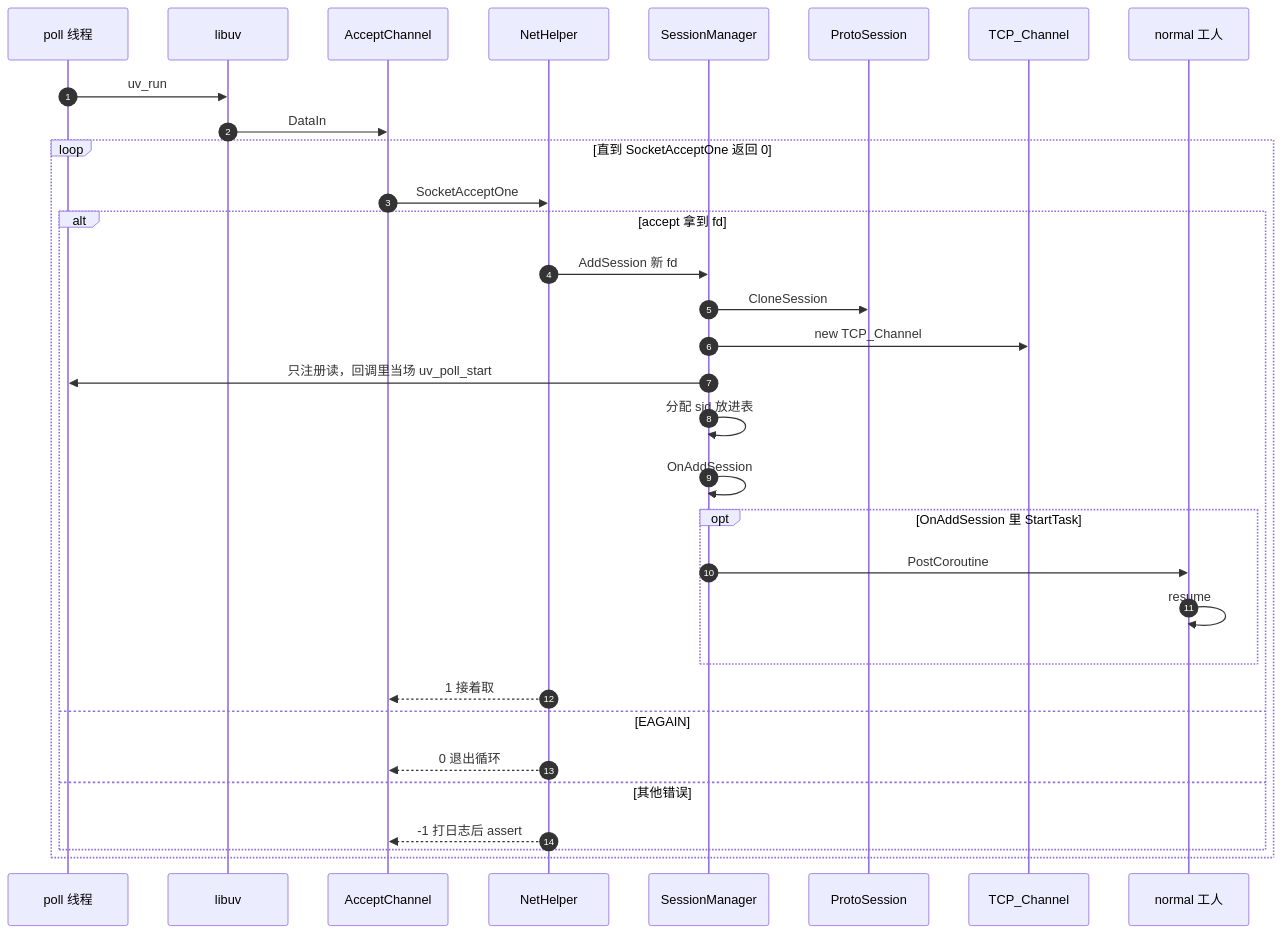
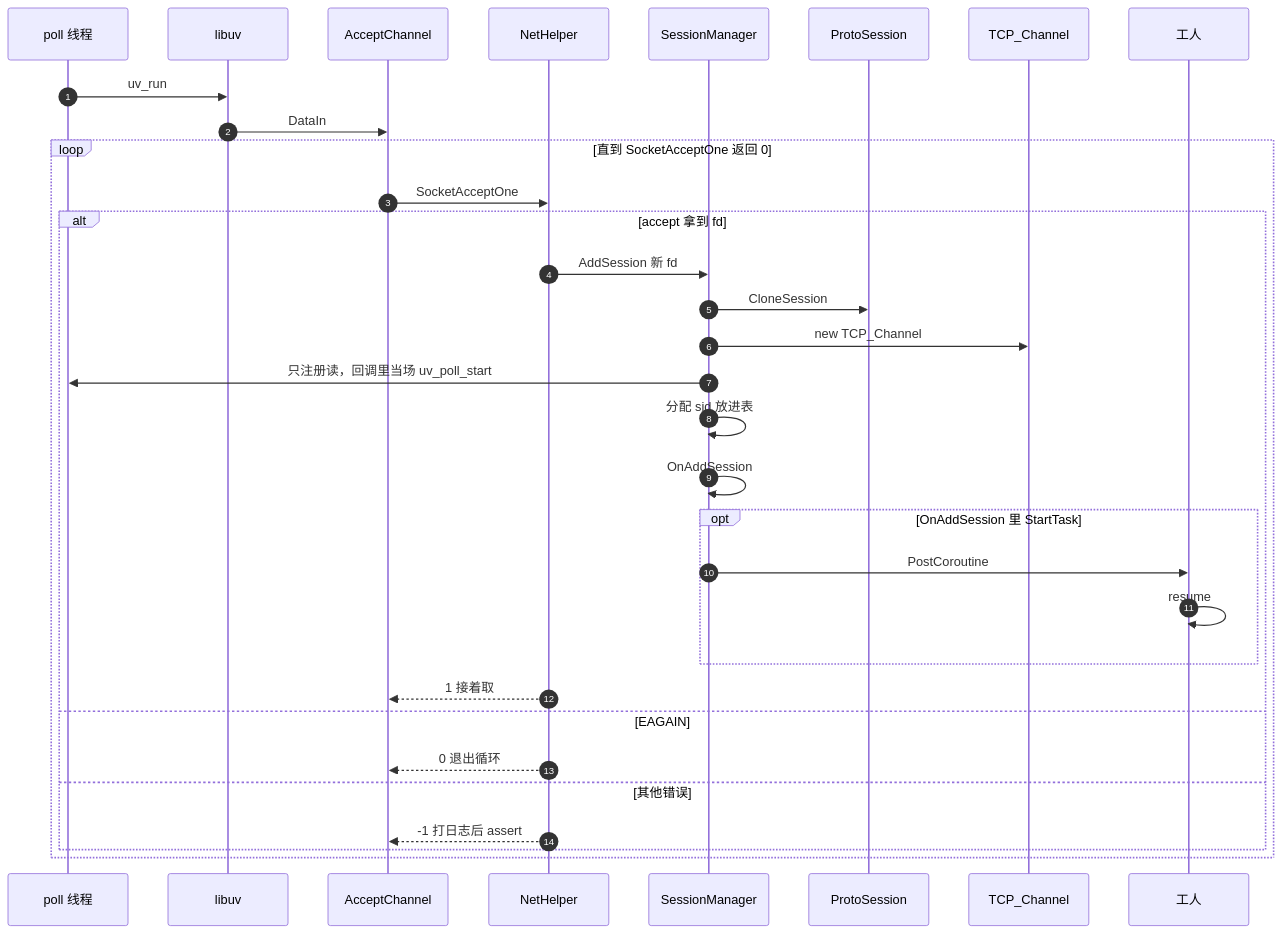
One commit to orikiaru/openidea changed the diagram in docs/sequence-diagram/multi-thread/accept.md. Above: the diagram before and after it, drawn with Mermaid. The commit also changed other lines of this file and 24 other files, not shown here.

````diff
--- a/docs/sequence-diagram/multi-thread/accept.md
+++ b/docs/sequence-diagram/multi-thread/accept.md
@@ -5,35 +5,35 @@
 ```mermaid
 sequenceDiagram
     autonumber
     participant Poll as poll 线程
     participant Uv as libuv
     participant Acc as AcceptChannel
     participant Help as NetHelper
     participant Mgr as SessionManager
     participant Sess as ProtoSession
     participant Tcp as TCP_Channel
-    participant Worker as normal 工人
+    participant Worker as 工人
 
     Poll->>Uv: uv_run
     Uv->>Acc: DataIn
     loop 直到 SocketAcceptOne 返回 0
         Acc->>Help: SocketAcceptOne
         alt accept 拿到 fd
             Help->>Mgr: AddSession 新 fd
             Mgr->>Sess: CloneSession
             Mgr->>Tcp: new TCP_Channel
             Mgr->>Poll: 只注册读，回调里当场 uv_poll_start
             Mgr->>Mgr: 分配 sid 放进表
             Mgr->>Mgr: OnAddSession
             opt OnAddSession 里 StartTask
                 Mgr->>Worker: PostCoroutine
                 Worker->>Worker: resume
             end
             Help-->>Acc: 1 接着取
         else EAGAIN
             Help-->>Acc: 0 退出循环
         else 其他错误
             Help-->>Acc: -1 打日志后 assert
         end
     end
 ```
````
